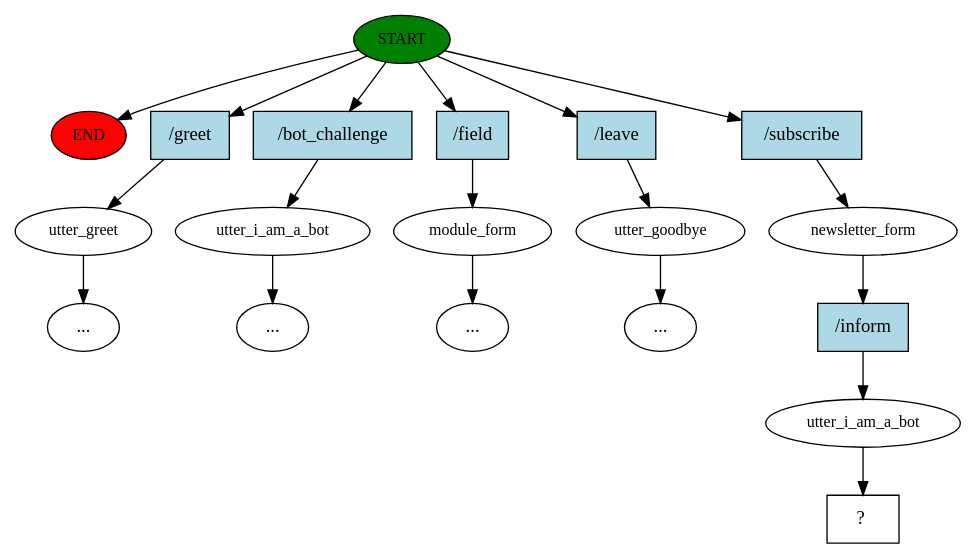
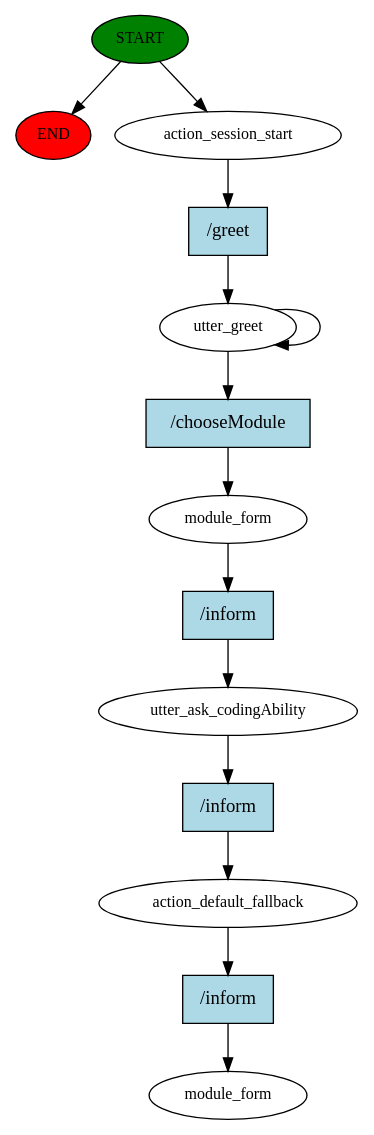
Before and after one commit to lewisstevenmackenzie/Dissertation1: the diagram in story_graph.dot, drawn with Graphviz. The commit also changed 81 other files, not shown here.

```diff
--- a/story_graph.dot
+++ b/story_graph.dot
@@ -1,39 +1,28 @@
 digraph  {
 0 [class="start active", fillcolor=green, fontsize=12, label=START, style=filled];
 "-1" [class=end, fillcolor=red, fontsize=12, label=END, style=filled];
-1 [class="", fontsize=12, label=utter_greet];
-"-3" [class=ellipsis, label="..."];
-2 [class="", fontsize=12, label=utter_i_am_a_bot];
-"-4" [class=ellipsis, label="..."];
-3 [class="", fontsize=12, label=module_form];
-"-5" [class=ellipsis, label="..."];
-4 [class="", fontsize=12, label=utter_goodbye];
-"-6" [class=ellipsis, label="..."];
-5 [class=active, fontsize=12, label=newsletter_form];
-6 [class=active, fontsize=12, label=utter_i_am_a_bot];
-7 [class="intent dashed active", label="  ?  ", shape=rect];
-8 [class=intent, fillcolor=lightblue, label="/greet", shape=rect, style=filled];
-9 [class=intent, fillcolor=lightblue, label="/bot_challenge", shape=rect, style=filled];
-10 [class=intent, fillcolor=lightblue, label="/field", shape=rect, style=filled];
-11 [class=intent, fillcolor=lightblue, label="/leave", shape=rect, style=filled];
-12 [class="intent active", fillcolor=lightblue, label="/subscribe", shape=rect, style=filled];
-13 [class="intent active", fillcolor=lightblue, label="/inform", shape=rect, style=filled];
+1 [class=active, fontsize=12, label=action_session_start];
+2 [class=active, fontsize=12, label=utter_greet];
+4 [class=active, fontsize=12, label=module_form];
+5 [class=active, fontsize=12, label=utter_ask_codingAbility];
+6 [class=active, fontsize=12, label=action_default_fallback];
+7 [class="dashed active", fontsize=12, label=module_form];
+8 [class="intent active", fillcolor=lightblue, label="/greet", shape=rect, style=filled];
+9 [class="intent active", fillcolor=lightblue, label="/chooseModule", shape=rect, style=filled];
+10 [class="intent active", fillcolor=lightblue, label="/inform", shape=rect, style=filled];
+11 [class="intent active", fillcolor=lightblue, label="/inform", shape=rect, style=filled];
+12 [class="intent active", fillcolor=lightblue, label="/inform", shape=rect, style=filled];
 0 -> "-1"  [class="", key=NONE, label=""];
-0 -> 8  [class="", key=0];
-0 -> 9  [class="", key=0];
-0 -> 10  [class="", key=0];
-0 -> 11  [class="", key=0];
-0 -> 12  [class=active, key=0];
-1 -> "-3"  [class="", key=NONE, label=""];
-2 -> "-4"  [class="", key=NONE, label=""];
-3 -> "-5"  [class="", key=NONE, label=""];
-4 -> "-6"  [class="", key=NONE, label=""];
-5 -> 13  [class=active, key=0];
-6 -> 7  [class=active, key=NONE, label=""];
-8 -> 1  [class="", key=0];
-9 -> 2  [class="", key=0];
-10 -> 3  [class="", key=0];
-11 -> 4  [class="", key=0];
-12 -> 5  [class=active, key=0];
-13 -> 6  [class=active, key=0];
+0 -> 1  [class=active, key=NONE, label=""];
+1 -> 8  [class=active, key=0];
+2 -> 2  [class=active, key=NONE, label=""];
+2 -> 9  [class=active, key=0];
+4 -> 10  [class=active, key=0];
+5 -> 11  [class=active, key=0];
+6 -> 12  [class=active, key=0];
+8 -> 2  [class=active, key=0];
+9 -> 4  [class=active, key=0];
+10 -> 5  [class=active, key=0];
+11 -> 6  [class=active, key=0];
+12 -> 7  [class=active, key=0];
 }
```
